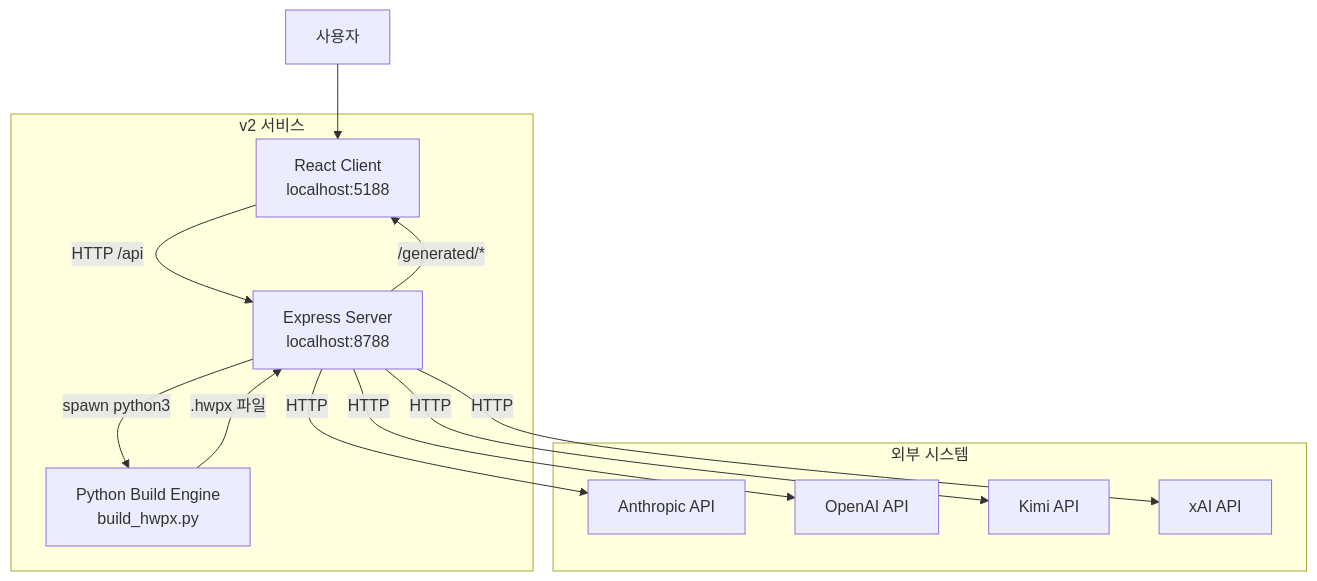
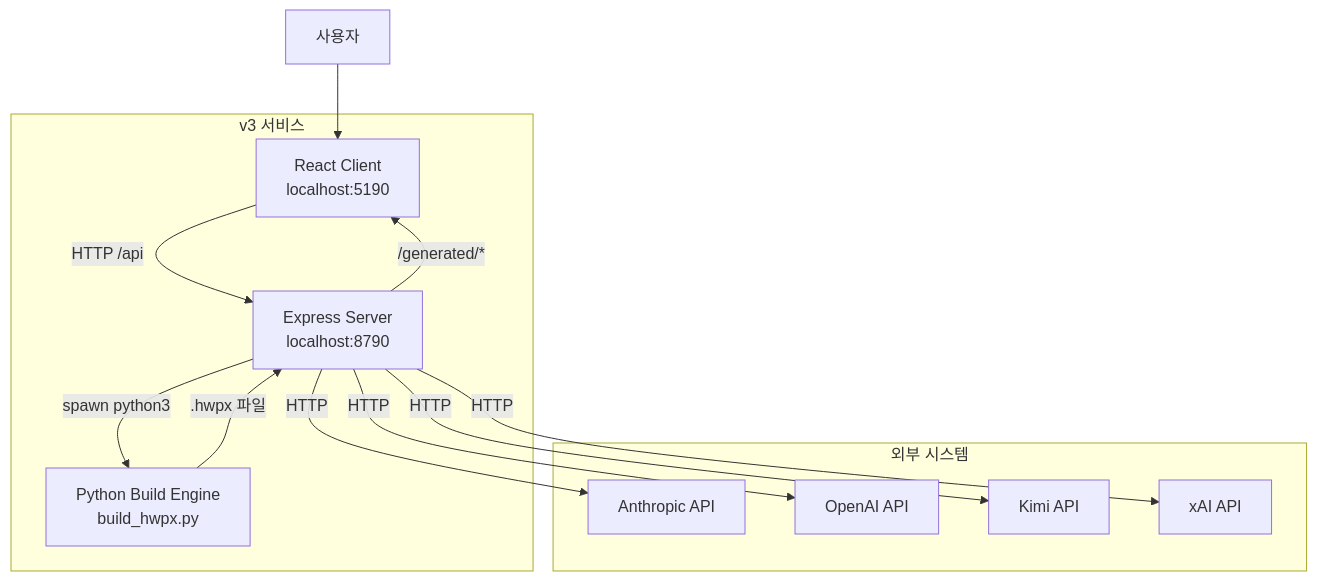
The first of 2 diagrams in v3/docs/waterfall-hwpx-demo/02-시스템설계/시스템아키텍처설계서-SAD.md (younghai/AI_hwp), drawn with Mermaid before and after one commit. The commit also changed other lines of this file and 39 other files, not shown here.

````diff
--- a/v3/docs/waterfall-hwpx-demo/02-시스템설계/시스템아키텍처설계서-SAD.md
+++ b/v3/docs/waterfall-hwpx-demo/02-시스템설계/시스템아키텍처설계서-SAD.md
@@ -92,23 +92,23 @@
 ```mermaid
 flowchart TB
     subgraph 외부 시스템
         AI1[Anthropic API]
         AI2[OpenAI API]
         AI3[Kimi API]
         AI4[xAI API]
     end
-    subgraph v2 서비스
-        C[React Client<br/>localhost:5188]
-        S[Express Server<br/>localhost:8788]
+    subgraph v3 서비스
+        C[React Client<br/>localhost:5190]
+        S[Express Server<br/>localhost:8790]
         P[Python Build Engine<br/>build_hwpx.py]
     end
     U[사용자] --> C
     C -->|HTTP /api| S
     S -->|HTTP| AI1
     S -->|HTTP| AI2
     S -->|HTTP| AI3
     S -->|HTTP| AI4
     S -->|spawn python3| P
     P -->|.hwpx 파일| S
     S -->|/generated/*| C
 ```
````
